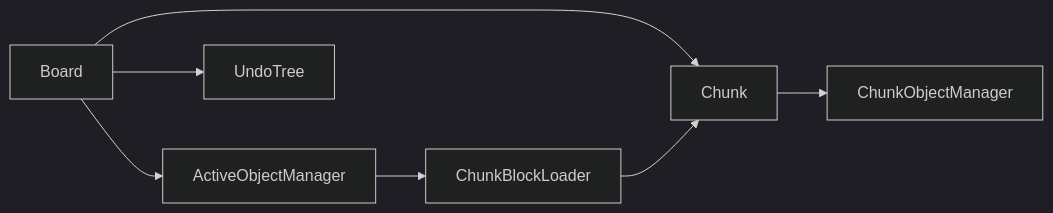
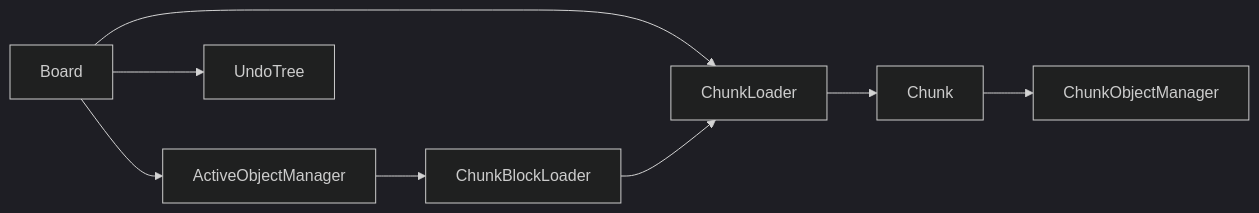
The diagram in src/core/components/docs/components-document.md (Frank-Steven/HoundWhiteboard), drawn with Mermaid (dark theme) before and after one commit. The commit also changed other lines of this file and 11 other files, not shown here.

Commit message:
feat(chunk): 增加 ChunkLoader 直接加载区块

````diff
--- a/src/core/components/docs/components-document.md
+++ b/src/core/components/docs/components-document.md
@@ -17,16 +18,18 @@
 ```mermaid
 graph LR
   Board["Board"]
   PM["Chunk"]
+  CL["ChunkLoader"]
   POM["ChunkObjectManager"]
   AOM["ActiveObjectManager"]
   PLM["ChunkBlockLoader"]
   UT["UndoTree"]
 
-  Board --> PM
+  Board --> CL
+  CL --> PM
   PM --> POM
   Board --> AOM
   Board --> UT
+  PLM --> CL
   AOM --> PLM
-  PLM --> PM
 ```
````
